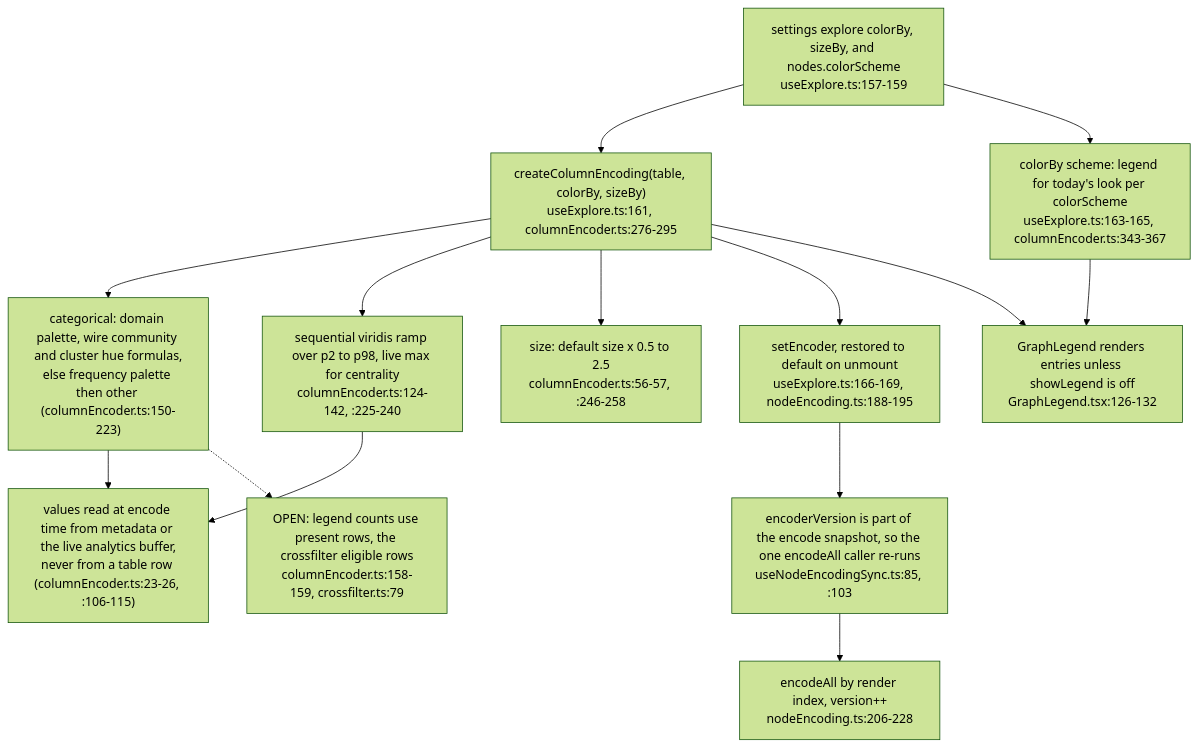
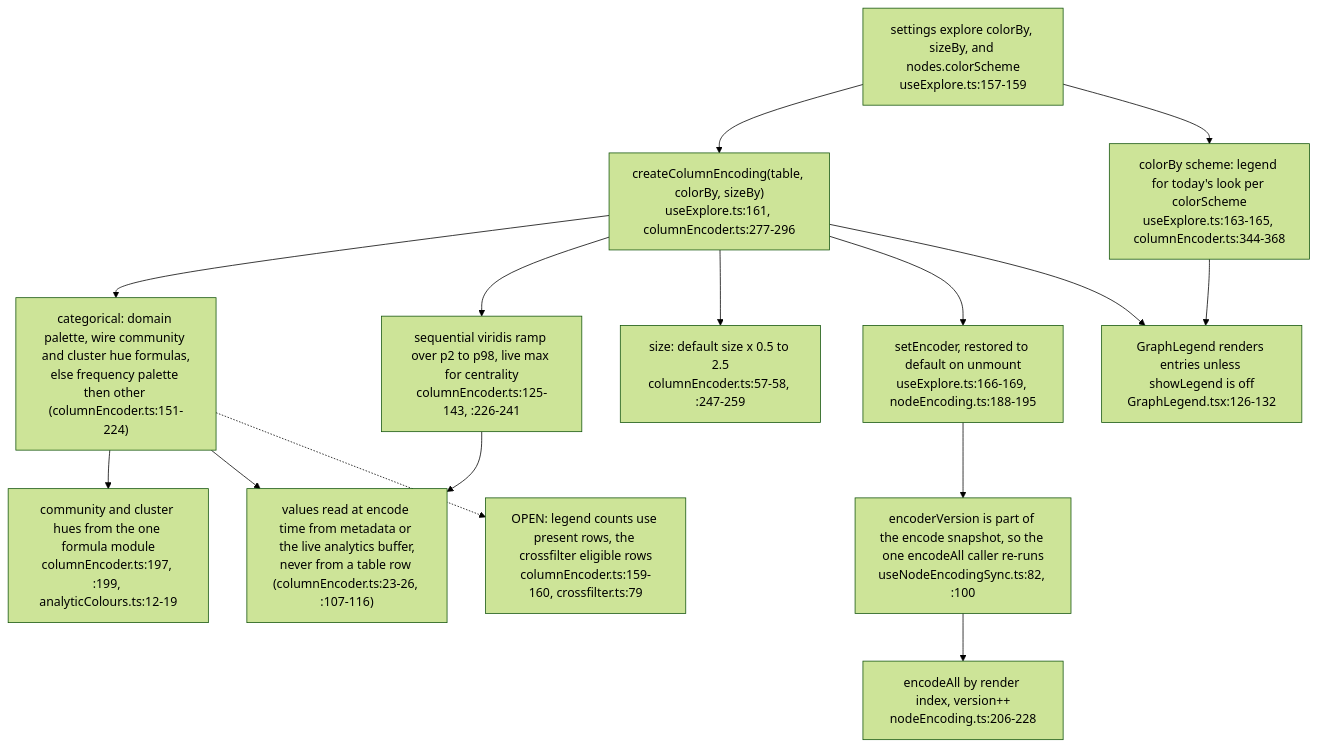
The ninth of 11 diagrams in docs/diagrams/visionclaw/56-client-explore-layer.md (DreamLab-AI/VisionFlow), drawn with Mermaid (forest theme) before and after one commit. The commit also changed other lines of this file and 46 other files, not shown here.

Commit message:
docs(diagrams): re-verify VisionClaw topics at 809a859aa/a950f4d80 after the consolidation pass

````diff
--- a/docs/diagrams/visionclaw/56-client-explore-layer.md
+++ b/docs/diagrams/visionclaw/56-client-explore-layer.md
@@ -248,17 +249,18 @@
 ```mermaid
 flowchart TB
     SET["settings explore colorBy, sizeBy, and nodes.colorScheme<br/>useExplore.ts:157-159"]
-    SET --> CE["createColumnEncoding(table, colorBy, sizeBy)<br/>useExplore.ts:161, columnEncoder.ts:276-295"]
-    CE --> CAT["categorical: domain palette, wire community and cluster hue formulas,<br/>else frequency palette then other (columnEncoder.ts:150-223)"]
-    CE --> SEQ["sequential viridis ramp over p2 to p98, live max for centrality<br/>columnEncoder.ts:124-142, :225-240"]
-    CE --> SZ["size: default size x 0.5 to 2.5<br/>columnEncoder.ts:56-57, :246-258"]
-    CAT --> ACC["values read at encode time from metadata or the live analytics buffer,<br/>never from a table row (columnEncoder.ts:23-26, :106-115)"]
+    SET --> CE["createColumnEncoding(table, colorBy, sizeBy)<br/>useExplore.ts:161, columnEncoder.ts:277-296"]
+    CE --> CAT["categorical: domain palette, wire community and cluster hue formulas,<br/>else frequency palette then other (columnEncoder.ts:151-224)"]
+    CE --> SEQ["sequential viridis ramp over p2 to p98, live max for centrality<br/>columnEncoder.ts:125-143, :226-241"]
+    CE --> SZ["size: default size x 0.5 to 2.5<br/>columnEncoder.ts:57-58, :247-259"]
+    CAT --> HUE["community and cluster hues from the one formula module<br/>columnEncoder.ts:197, :199, analyticColours.ts:12-19"]
+    CAT --> ACC["values read at encode time from metadata or the live analytics buffer,<br/>never from a table row (columnEncoder.ts:23-26, :107-116)"]
     SEQ --> ACC
     CE --> INST["setEncoder, restored to default on unmount<br/>useExplore.ts:166-169, nodeEncoding.ts:188-195"]
-    INST --> EV["encoderVersion is part of the encode snapshot, so the one encodeAll caller re-runs<br/>useNodeEncodingSync.ts:85, :103"]
+    INST --> EV["encoderVersion is part of the encode snapshot, so the one encodeAll caller re-runs<br/>useNodeEncodingSync.ts:82, :100"]
     EV --> EA["encodeAll by render index, version++<br/>nodeEncoding.ts:206-228"]
-    SET --> SL["colorBy scheme: legend for today's look per colorScheme<br/>useExplore.ts:163-165, columnEncoder.ts:343-367"]
+    SET --> SL["colorBy scheme: legend for today's look per colorScheme<br/>useExplore.ts:163-165, columnEncoder.ts:344-368"]
     CE --> LG["GraphLegend renders entries unless showLegend is off<br/>GraphLegend.tsx:126-132"]
     SL --> LG
-    CAT -.-> CNT["OPEN: legend counts use present rows, the crossfilter eligible rows<br/>columnEncoder.ts:158-159, crossfilter.ts:79"]
+    CAT -.-> CNT["OPEN: legend counts use present rows, the crossfilter eligible rows<br/>columnEncoder.ts:159-160, crossfilter.ts:79"]
 ```
````
